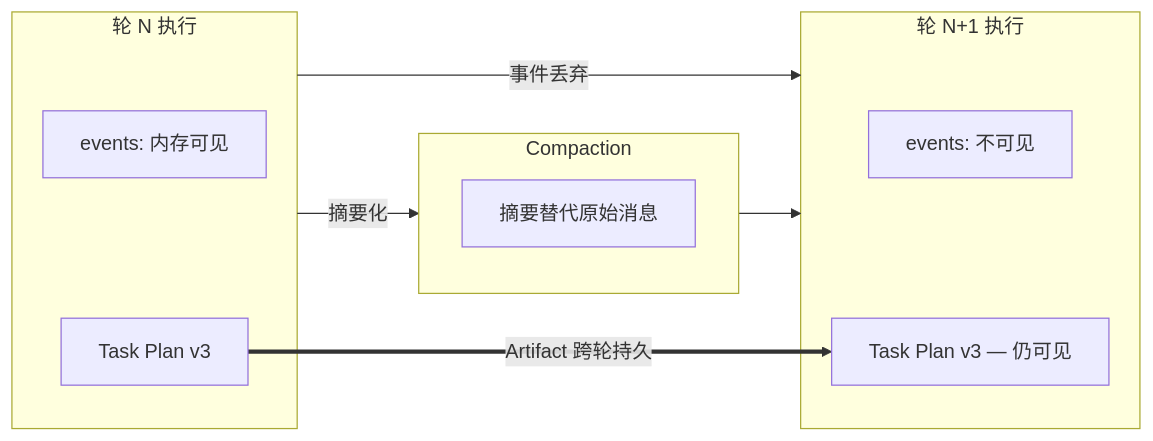
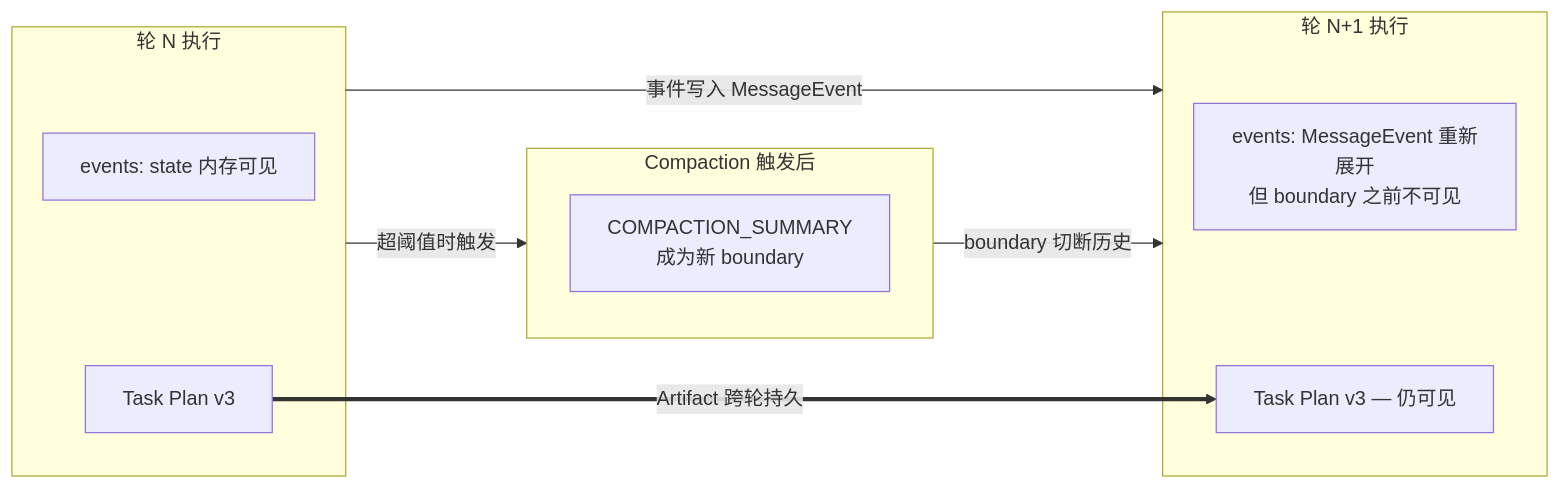
The first of 4 diagrams in docs/architecture/artifacts.md (Neutrino1998/artifact-flow), drawn with Mermaid before and after one commit. The commit also changed 2 other files, not shown here.

Commit message:
docs: fix 3 compaction-docs regressions flagged in review of e7acb00
- agents.md: subagent 协作流程第 3 步仍按旧语义说"第二次调用会看到
  第一次的完整事件上下文"。call_subagent.fresh_start 默认 True
  (parse_fresh_start 实现), EventHistory 对 subagent 把 fresh_start=True
  的 SUBAGENT_INSTRUCTION 当边界切断历史 — 默认每次调用都是干净起点,
  只有显式 fresh_start=false 才能延续。
- artifacts.md: "Artifact 跨轮持久" mermaid 图还画 "events: 不可见" +
  "事件丢弃", 与本系列 commit 新的 MessageEvent-based history 冲突。
  改为: 事件写入 MessageEvent, 下一轮重新展开, 但 COMPACTION_SUMMARY
  boundary 之前的事件对 agent 不可见。
- observability.md: _persist_events 伪代码还遍历全量 state["events"]
  batch-write, 但 controller 实际只持久化 is_historical=False 的新事件
  (历史事件由 Controller 从 MessageEvent 表加载, 不回写)。补上 filter
  + 注释解释 is_historical 双段语义。

纯文档一致性 fix, 无代码变动。

````diff
--- a/docs/architecture/artifacts.md
+++ b/docs/architecture/artifacts.md
@@ -35,19 +35,19 @@
 ```mermaid
 flowchart LR
     subgraph 轮N[轮 N 执行]
-        E1[events: 内存可见]
+        E1[events: state 内存可见]
         P1[Task Plan v3]
     end
-    subgraph 压缩[Compaction]
-        S[摘要替代原始消息]
+    subgraph 压缩[Compaction 触发后]
+        S[COMPACTION_SUMMARY<br/>成为新 boundary]
     end
     subgraph 轮N1[轮 N+1 执行]
-        E2[events: 不可见]
+        E2[events: MessageEvent 重新展开<br/>但 boundary 之前不可见]
         P2[Task Plan v3 — 仍可见]
     end
 
-    轮N -->|事件丢弃| 轮N1
-    轮N -->|摘要化| 压缩
-    压缩 --> 轮N1
+    轮N -->|事件写入 MessageEvent| 轮N1
+    轮N -->|超阈值时触发| 压缩
+    压缩 -->|boundary 切断历史| 轮N1
     P1 ==>|Artifact 跨轮持久| P2
 ```
````
